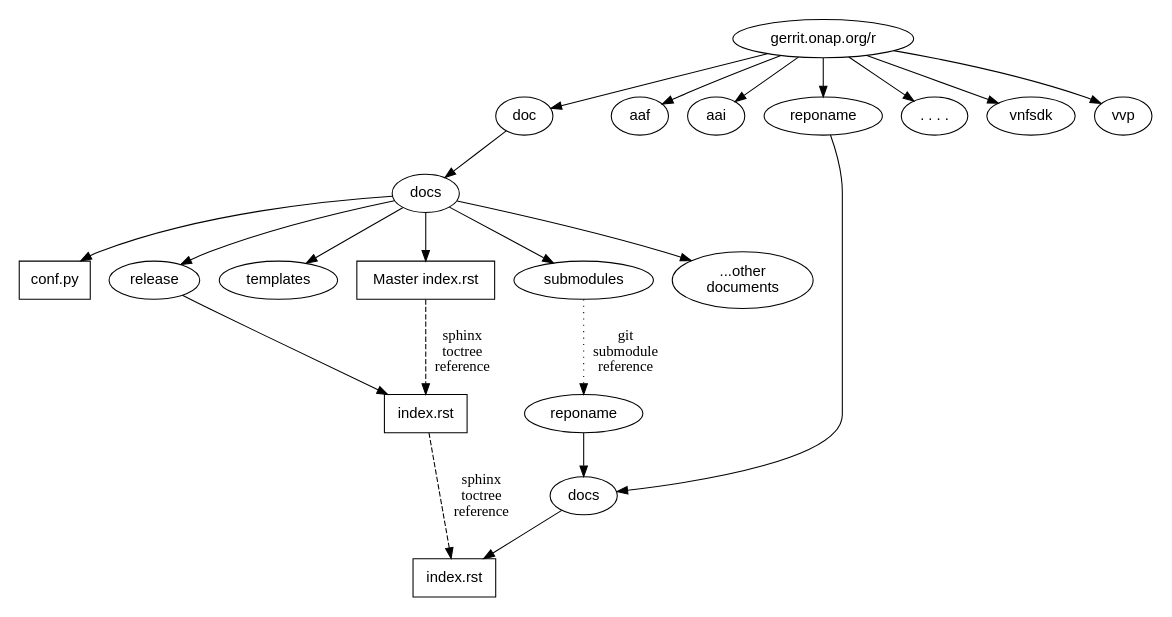
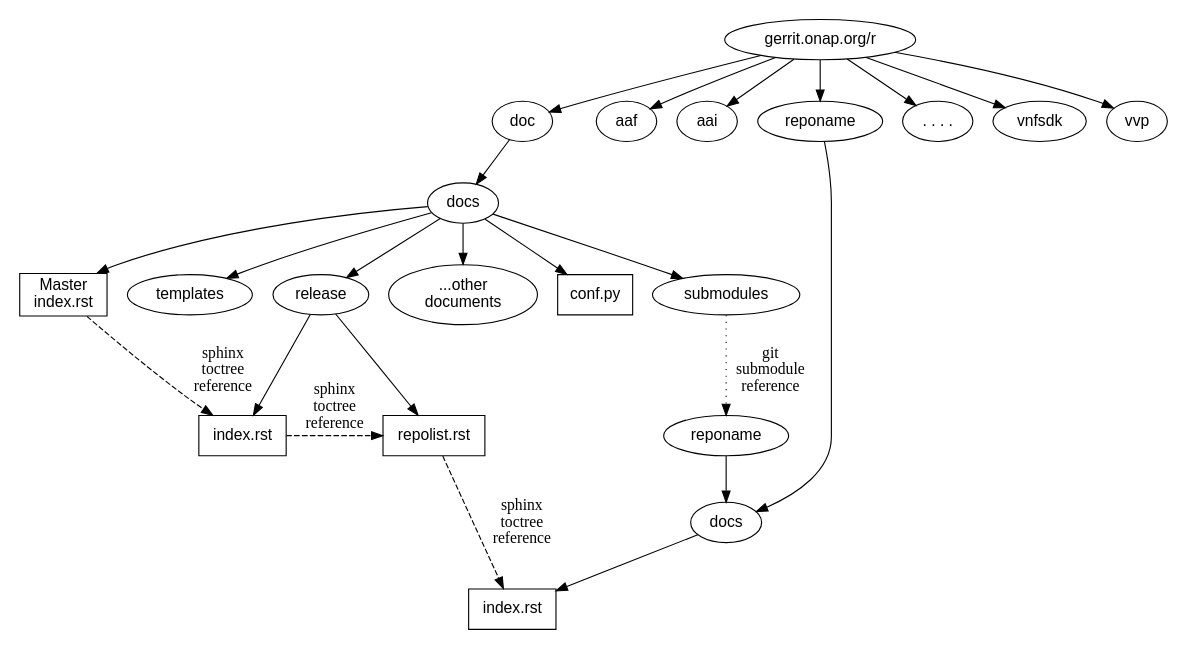
The diagram in docs/guide/onap-developer/how-to-use-docs/include-documentation.rst (onap/doc), drawn with Graphviz before and after one commit. The commit also changed other lines of this file and 1 other file, not shown here.

```diff
--- a/docs/guide/onap-developer/how-to-use-docs/include-documentation.rst
+++ b/docs/guide/onap-developer/how-to-use-docs/include-documentation.rst
@@ -116,53 +113,57 @@
 .. graphviz::
 
    
    digraph docstructure {
    size="8,12";
    node [fontname = "helvetica"];
    // Align gerrit repos and docs directories
    {rank=same doc aaf aai reponame repoelipse vnfsdk vvp}
    {rank=same confpy release templates masterindex submodules otherdocdocumentelipse}
-
+   {rank=same releasedocumentindex releaserepolist}
 
    //Illustrate Gerrit Repos and provide URL/Link for complete repo list
    gerrit [label="gerrit.onap.org/r", href="https://gerrit.onap.org/r/#/admin/projects/" ];
+   doc [href="https://gerrit.onap.org/r/gitweb?p=doc.git;a=tree"];
    gerrit -> doc;
    gerrit -> aaf;
    gerrit -> aai;
    gerrit -> reponame; 
    gerrit -> repoelipse;
              repoelipse [label=". . . ."];
    gerrit -> vnfsdk;
    gerrit -> vvp;
 
    //Show example of local reponame instance of component info
    reponame -> reponamedocsdir;
    reponamesm -> reponamedocsdir;  
                     reponamedocsdir [label="docs"];
    reponamedocsdir -> newrepodocsdirindex; 
                          newrepodocsdirindex [label="index.rst", shape=box];
 
    //Show detail structure of a portion of doc/docs 
    doc  -> docs;
    docs -> confpy;                   
            confpy [label="conf.py",shape=box];
    docs -> masterindex; 
-           masterindex [label="Master index.rst", shape=box];
+           masterindex [label="Master\nindex.rst", shape=box];
    docs -> release;
    docs -> templates;                                
    docs -> otherdocdocumentelipse;  
            otherdocdocumentelipse [label="...other\ndocuments"];
    docs -> submodules
    
    masterindex -> releasedocumentindex [style=dashed, label="sphinx\ntoctree\nreference"];
    
    //Show submodule linkage to docs directory
    submodules -> reponamesm [style=dotted,label="git\nsubmodule\nreference"];  
                  reponamesm [label="reponame"];
 
    //Example Release document index that references component info provided in other project repo
    release -> releasedocumentindex;   
               releasedocumentindex [label="index.rst", shape=box];
-   releasedocumentindex -> newrepodocsdirindex [style=dashed, label="sphinx\ntoctree\nreference"];
+   releasedocumentindex -> releaserepolist [style=dashed, label="sphinx\ntoctree\nreference"];
+			   releaserepolist  [label="repolist.rst", shape=box];
+   release -> releaserepolist;
+   releaserepolist -> newrepodocsdirindex [style=dashed, label="sphinx\ntoctree\nreference"];
  
    }
```
